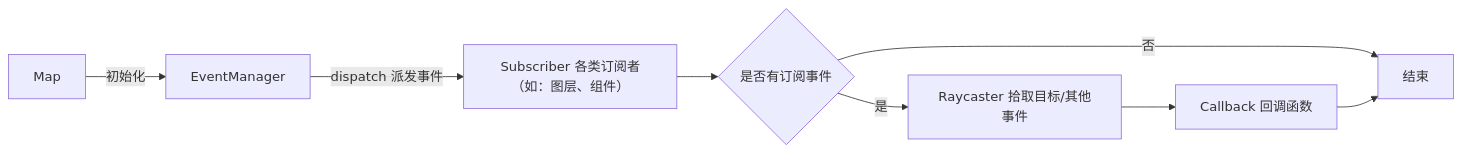
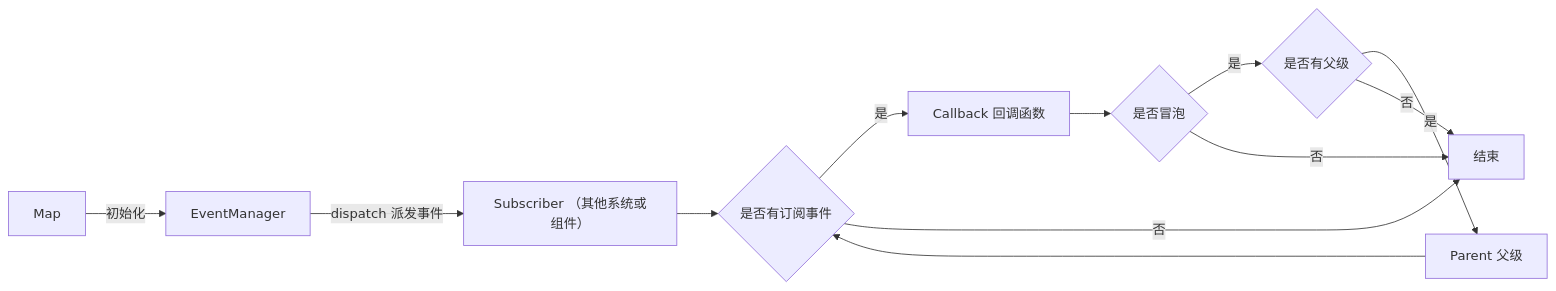
The second of 3 diagrams in docs/architecture.md (Gao-Jinlong/game-map-engine), drawn with Mermaid before and after one commit. The commit also changed other lines of this file and 6 other files, not shown here.

Commit message:
feat: EventManager

````diff
--- a/docs/architecture.md
+++ b/docs/architecture.md
@@ -240,10 +247,15 @@
 ```mermaid
     flowchart LR
     Map[Map] --初始化--> EventManager[EventManager]
-    EventManager --dispatch 派发事件--> Subscriber[Subscriber 各类订阅者（如：图层、组件）]
+    EventManager --dispatch 派发事件--> Subscriber[Subscriber （其他系统或组件）]
     Subscriber --> haveSub{是否有订阅事件}
-    haveSub -->|是| Raycaster[Raycaster 拾取目标/其他事件]
+    haveSub -->|是| Callback[Callback 回调函数]
     haveSub -->|否| End[结束]
-    Raycaster --> Callback[Callback 回调函数]
-    Callback --> End
+    Callback --> bubble{是否冒泡}
+    bubble -->|是| hasParent{是否有父级}
+    bubble -->|否| End[结束]
+    hasParent -->|是| Parent[Parent 父级]
+    hasParent -->|否| End[结束]
+    Parent --> haveSub
+    End
 ```
````
